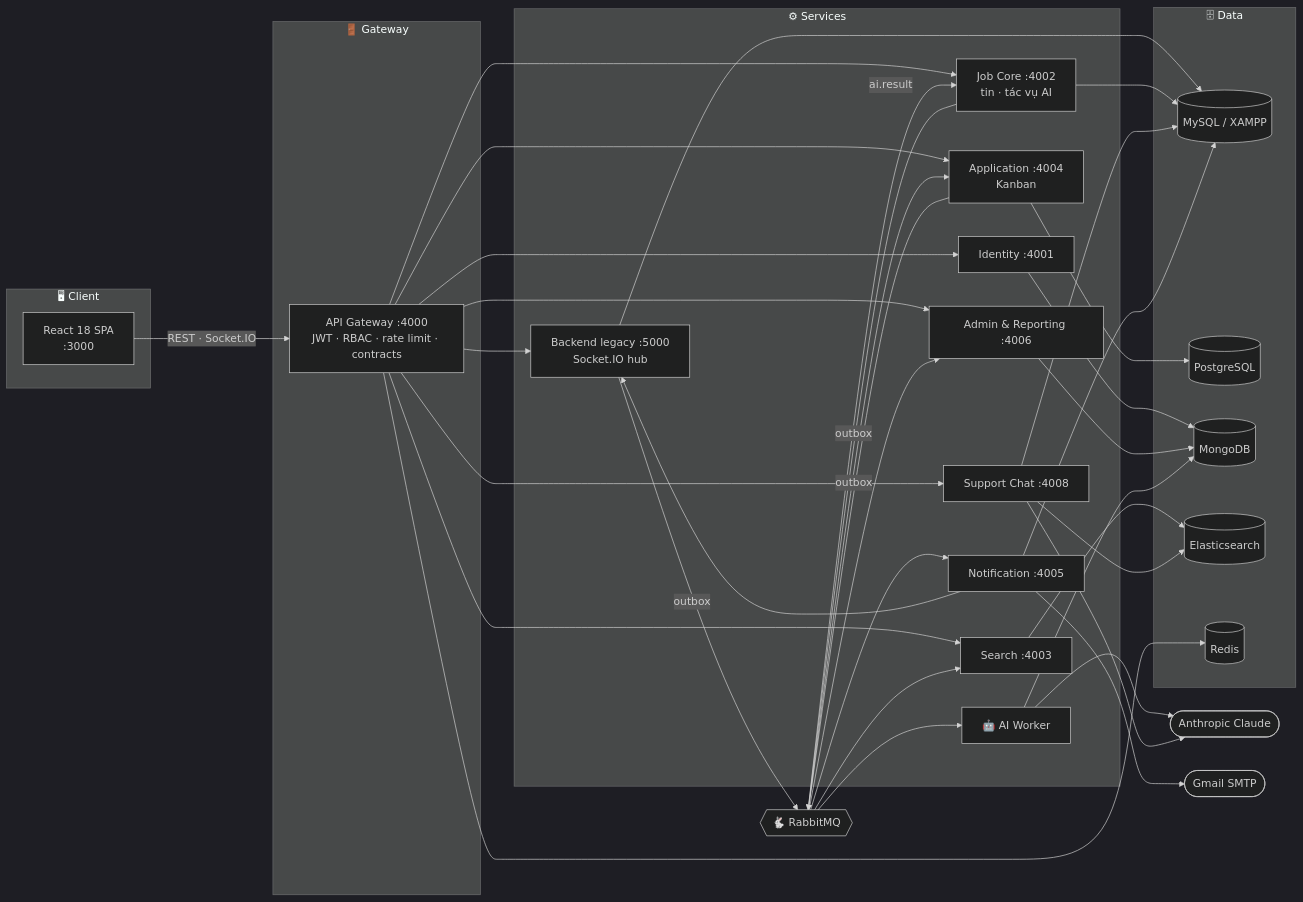
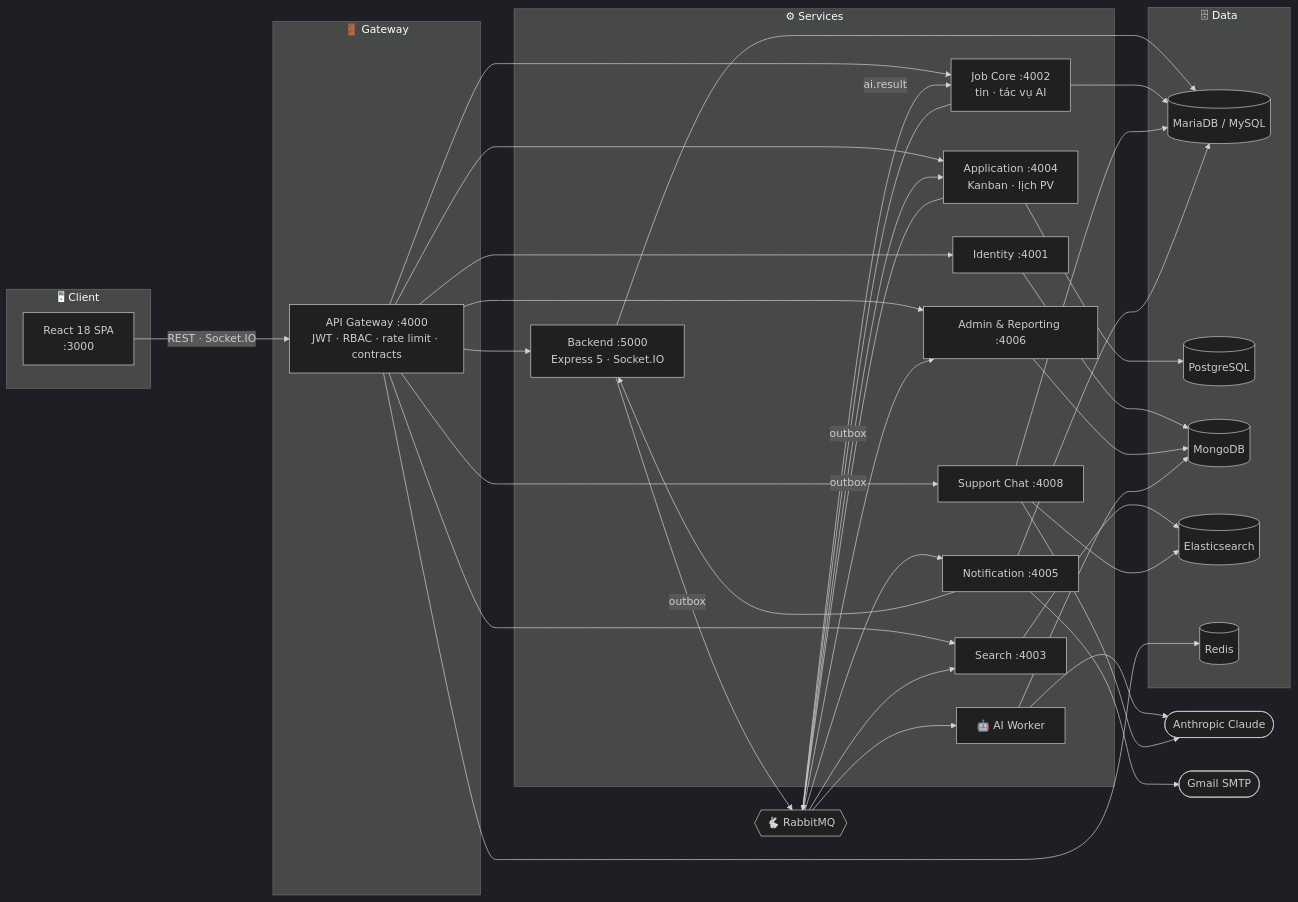
Before and after one commit to nguyentuanthien2384/DALN_JobFind: the second of 3 diagrams in README.md, drawn with Mermaid (dark theme). The commit also changed other lines of this file and 19 other files, not shown here.

````diff
--- a/README.md
+++ b/README.md
@@ -264,54 +225,54 @@
 ```mermaid
 flowchart LR
     subgraph Client["🖥 Client"]
         UI["React 18 SPA<br/>:3000"]
     end
 
     subgraph Edge["🚪 Gateway"]
         GW["API Gateway :4000<br/>JWT · RBAC · rate limit · contracts"]
     end
 
     subgraph Services["⚙ Services"]
-        Legacy["Backend legacy :5000<br/>Socket.IO hub"]
+        Legacy["Backend :5000<br/>Express 5 · Socket.IO"]
         Identity["Identity :4001"]
         Job["Job Core :4002<br/>tin · tác vụ AI"]
         Search["Search :4003"]
-        Apps["Application :4004<br/>Kanban"]
+        Apps["Application :4004<br/>Kanban · lịch PV"]
         Notify["Notification :4005"]
         Admin["Admin & Reporting :4006"]
         Support["Support Chat :4008"]
         AI["🤖 AI Worker"]
     end
 
     subgraph Data["🗄 Data"]
-        MySQL[("MySQL / XAMPP")]
+        MySQL[("MariaDB / MySQL")]
         Postgres[("PostgreSQL")]
         Mongo[("MongoDB")]
         ES[("Elasticsearch")]
         Redis[("Redis")]
     end
 
     MQ{{"🐇 RabbitMQ"}}
     Claude(["Anthropic Claude"])
     Mail(["Gmail SMTP"])
 
     UI -->|"REST · Socket.IO"| GW
     GW --> Legacy & Identity & Job & Search & Apps & Admin & Support
     Legacy --> MySQL
     Job --> MySQL
     Apps --> Postgres
     Identity --> Mongo
     Admin --> Mongo
     Search --> ES
     Support --> MySQL & ES
     Notify --> MySQL
     GW --> Redis
     Legacy & Job & Apps -->|outbox| MQ
     MQ --> Search & AI & Notify & Admin & Apps
     MQ -->|ai.result| Job
     AI --> Mongo
     AI --> Claude
     Support --> Claude
     Notify --> Mail
     Notify --> Legacy
 ```
````
